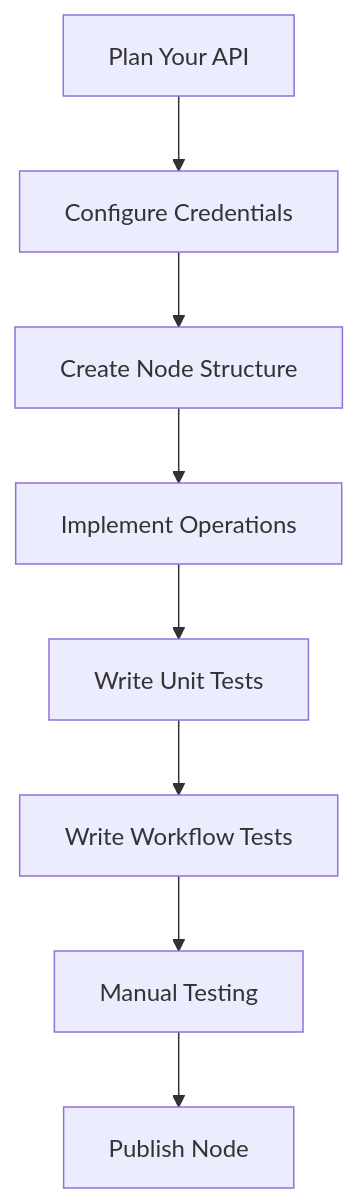
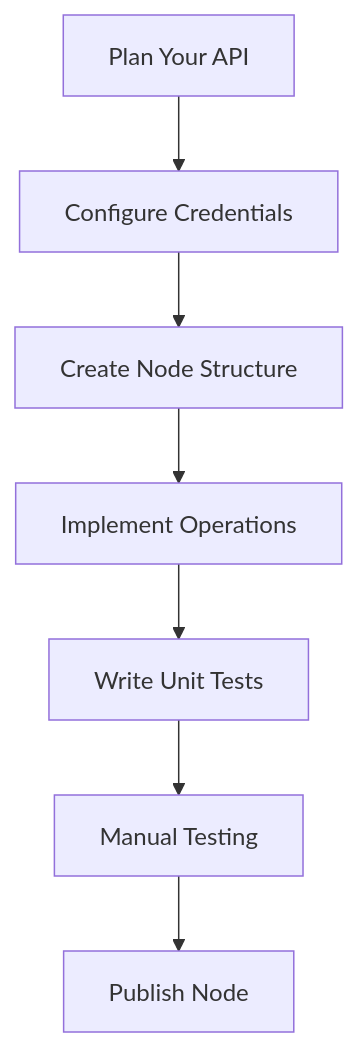
One commit to alejandrosnz/n8n-community-node-starter changed the diagram in AGENTS.md. Above: the diagram before and after it, drawn with Mermaid. The commit also changed other lines of this file and 7 other files, not shown here.

````diff
--- a/AGENTS.md
+++ b/AGENTS.md
@@ -51,10 +50,9 @@
 ```mermaid
 graph TD
     A[Plan Your API] --> B[Configure Credentials]
     B --> C[Create Node Structure]
     C --> D[Implement Operations]
     D --> E[Write Unit Tests]
-    E --> F[Write Workflow Tests]
-    F --> G[Manual Testing]
-    G --> H[Publish Node]
+    E --> F[Manual Testing]
+    F --> G[Publish Node]
 ```
````
